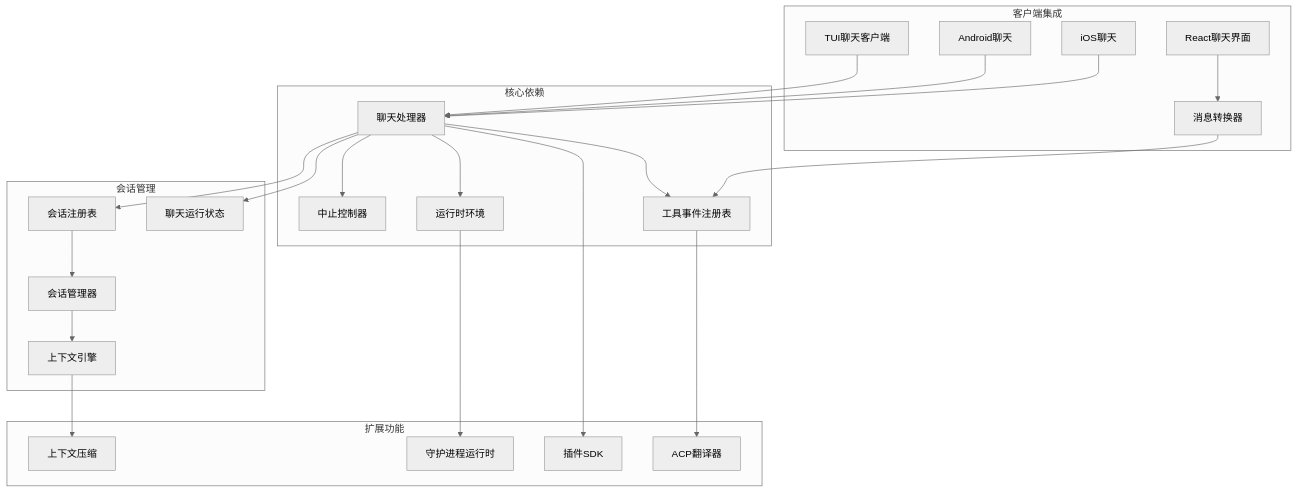
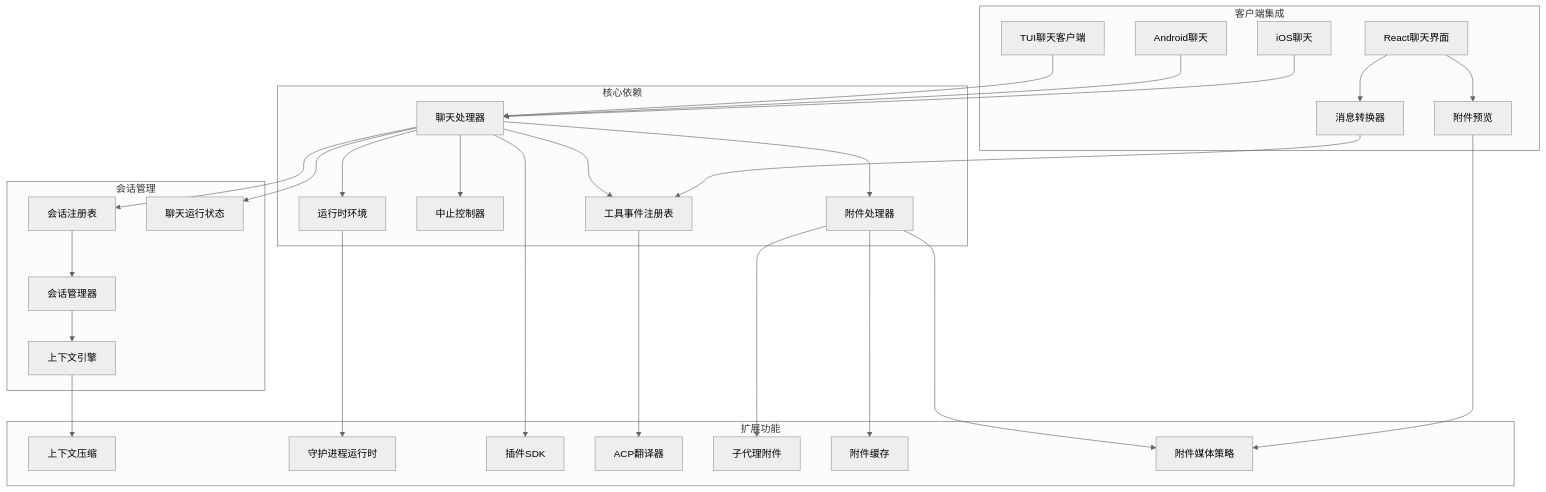
Before and after one commit to verse-ai-org/openclaw: diagram 19 of 20 in .qoder/repowiki/zh/content/Web界面/WebChat界面/聊天运行时提供者增强.md, drawn with Mermaid (neutral theme). The commit also changed other lines of this file and 7 other files, not shown here.

````diff
--- a/.qoder/repowiki/zh/content/Web界面/WebChat界面/聊天运行时提供者增强.md
+++ b/.qoder/repowiki/zh/content/Web界面/WebChat界面/聊天运行时提供者增强.md
@@ -697,44 +1003,55 @@
 ```mermaid
 graph TB
 subgraph "核心依赖"
 ChatHandlers[聊天处理器]
+ChatAttachments[附件处理器]
 ChatAbort[中止控制器]
 RuntimeEnv[运行时环境]
 ToolEventRegistry[工具事件注册表]
 end
 subgraph "会话管理"
 SessionRegistry[会话注册表]
 SessionManager[会话管理器]
 ContextEngine[上下文引擎]
 ChatRunState[聊天运行状态]
 end
 subgraph "客户端集成"
 TUIChat[TUI聊天客户端]
 AndroidChat[Android聊天]
 iOSChat[iOS聊天]
 ReactChat[React聊天界面]
 MessageConverter[消息转换器]
+AttachmentPreview[附件预览]
 end
 subgraph "扩展功能"
 ContextPruning[上下文压缩]
 DaemonRuntime[守护进程运行时]
 PluginSDK[插件SDK]
 ACPTranslator[ACP翻译器]
+SubagentAttachments[子代理附件]
+AttachmentCache[附件缓存]
+AttachmentMediaPolicy[附件媒体策略]
 end
+ChatHandlers --> ChatAttachments
 ChatHandlers --> ChatAbort
 ChatHandlers --> RuntimeEnv
 ChatHandlers --> SessionRegistry
 ChatHandlers --> ToolEventRegistry
 ChatHandlers --> ChatRunState
+ChatAttachments --> SubagentAttachments
+ChatAttachments --> AttachmentCache
+ChatAttachments --> AttachmentMediaPolicy
 SessionRegistry --> SessionManager
 SessionManager --> ContextEngine
 ContextEngine --> ContextPruning
 TUIChat --> ChatHandlers
 AndroidChat --> ChatHandlers
 iOSChat --> ChatHandlers
 ReactChat --> MessageConverter
+ReactChat --> AttachmentPreview
 MessageConverter --> ToolEventRegistry
 RuntimeEnv --> DaemonRuntime
 ChatHandlers --> PluginSDK
 ToolEventRegistry --> ACPTranslator
+AttachmentPreview --> AttachmentMediaPolicy
 ```
````
